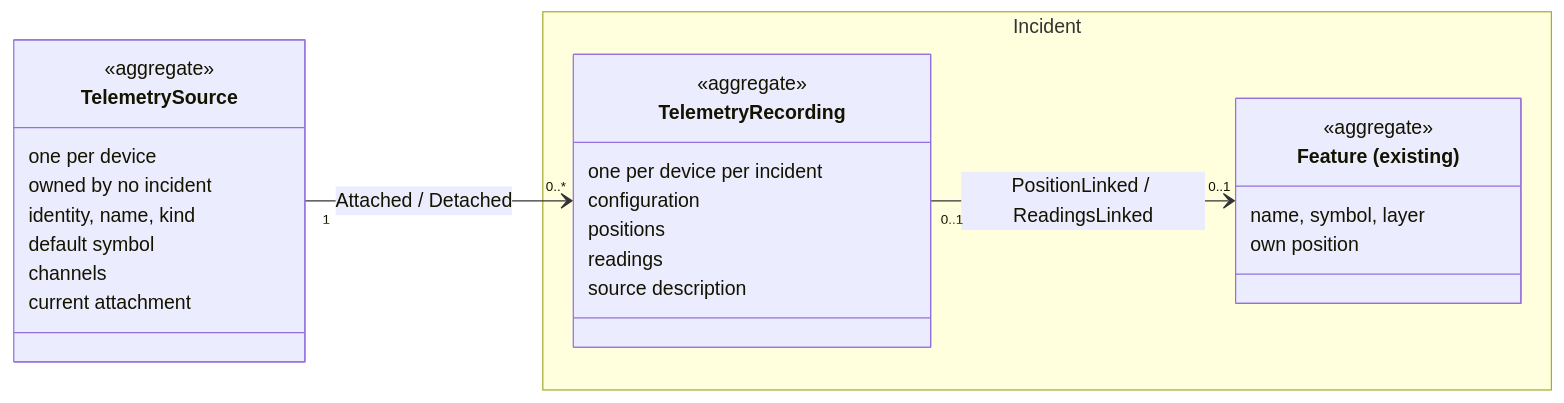
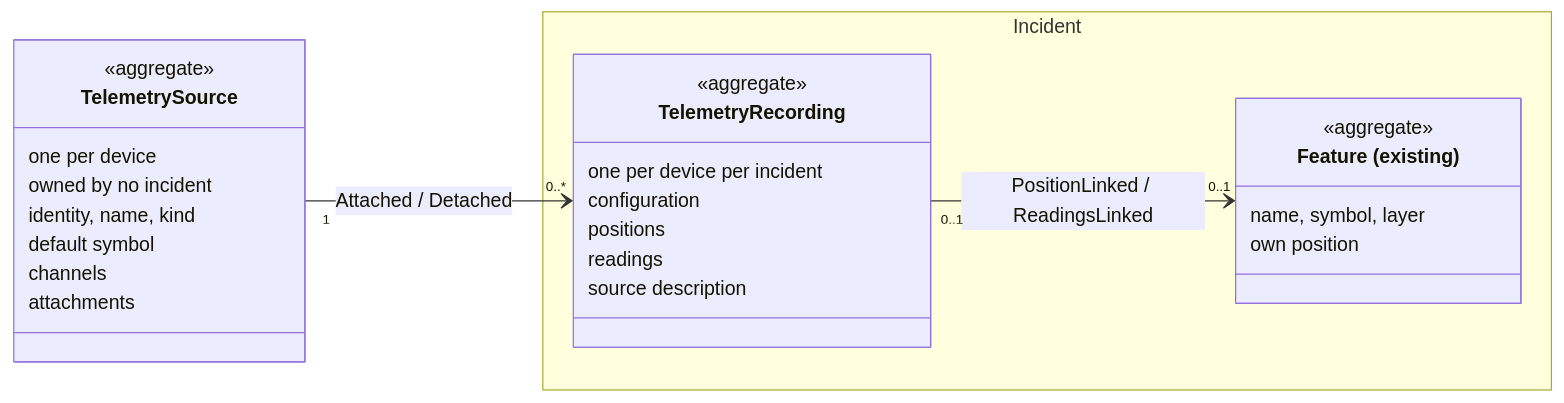
Before and after one commit to f-eld-ch/sitrep: the first of 2 diagrams in docs/development/Automatic Telemetry Events.md, drawn with Mermaid. The commit also changed other lines of this file, not shown here.

````diff
--- a/docs/development/Automatic Telemetry Events.md
+++ b/docs/development/Automatic Telemetry Events.md
@@ -21,30 +21,30 @@
 ```mermaid
 classDiagram
     direction LR
     class TelemetrySource {
         <<aggregate>>
         one per device
         owned by no incident
         identity, name, kind
         default symbol
         channels
-        current attachment
+        attachments
     }
     namespace Incident {
         class TelemetryRecording {
             <<aggregate>>
             one per device per incident
             configuration
             positions
             readings
             source description
         }
         class Feature["Feature (existing)"] {
             <<aggregate>>
             name, symbol, layer
             own position
         }
     }
     TelemetrySource "1" --> "0..*" TelemetryRecording : Attached / Detached
     TelemetryRecording "0..1" --> "0..1" Feature : PositionLinked / ReadingsLinked
 ```
````
